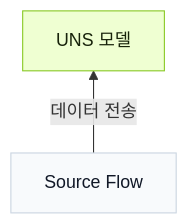
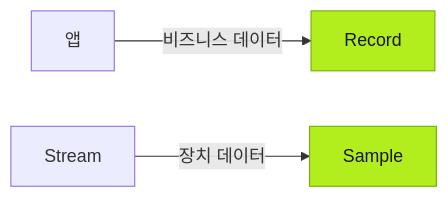
Before and after one commit to FREEZONEX/Tier0-docs-site: the second of 3 diagrams in src/content/docs/ko/using-tier0/preparing-data-foundation.mdx, drawn with Mermaid. The commit also changed other lines of this file and 98 other files, not shown here.

````diff
--- a/src/content/docs/ko/using-tier0/preparing-data-foundation.mdx
+++ b/src/content/docs/ko/using-tier0/preparing-data-foundation.mdx
@@ -13,12 +44,7 @@
 ```mermaid
-flowchart BT
-  uns["UNS 모델"]
-  flow["Source Flow"]
-
-  flow -->|"데이터 전송"| uns
-
-  classDef t0accent fill:#EFFFD2,stroke:#8AC926,stroke-width:1px,color:#18230B
-  classDef t0node fill:#F8FAFC,stroke:#CBD5E1,stroke-width:1px,color:#111827
-  class uns t0accent
-  class flow t0node
+flowchart LR
+  app["앱"] -->|"비즈니스 데이터"| record["Record"]
+  stream["Stream"] -->|"장치 데이터"| sample["Sample"]
+  classDef t0accent fill:#B2ED1D,stroke:#73B200,color:#171717
+  class record,sample t0accent
 ```
````
